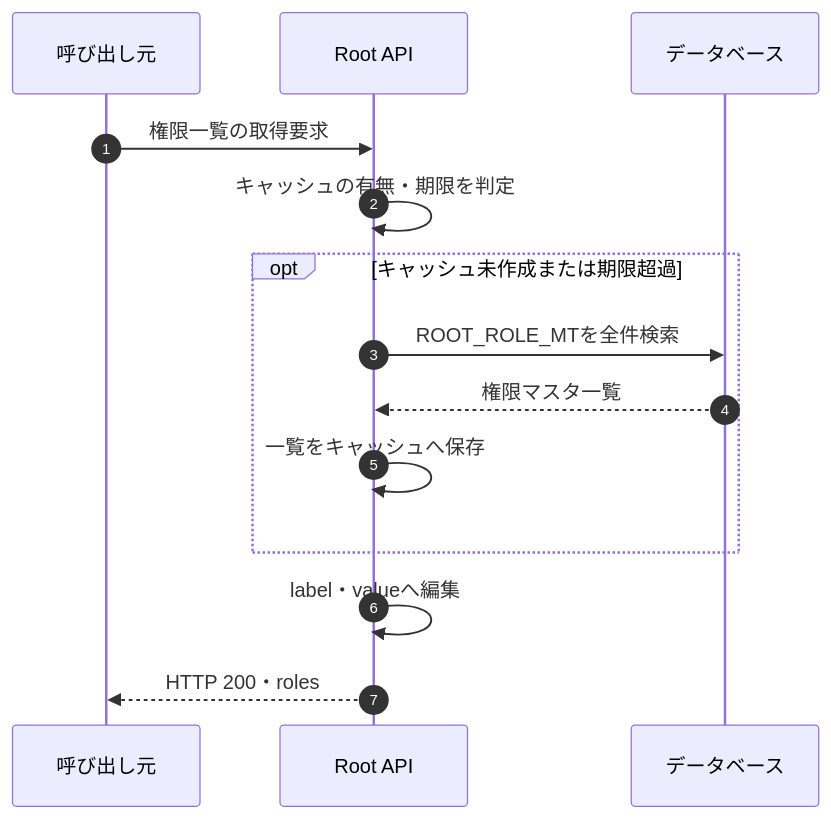
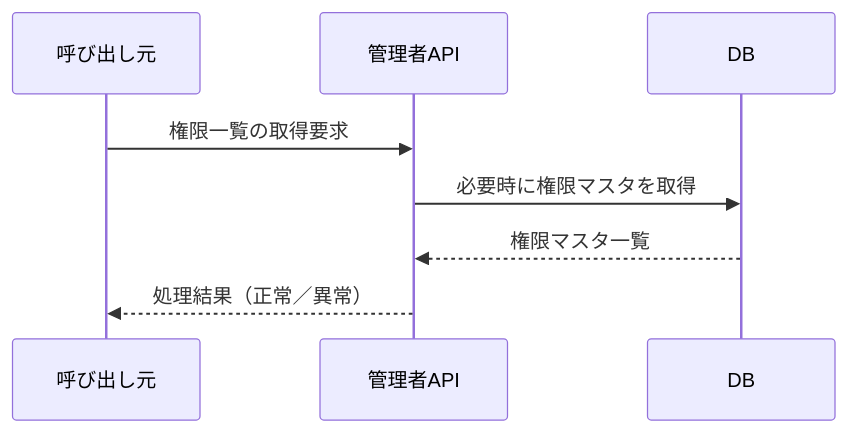
Before and after one commit to kohei-okazaki/work-3g: the first of 2 diagrams in ha-docs/design/05_rootapi/設計書_5.8.1.権限マスタ一覧取得API.md, drawn with Mermaid. The commit also changed other lines of this file and 67 other files, not shown here.

````diff
--- a/ha-docs/design/05_rootapi/設計書_5.8.1.権限マスタ一覧取得API.md
+++ b/ha-docs/design/05_rootapi/設計書_5.8.1.権限マスタ一覧取得API.md
@@ -82,16 +10,10 @@
 ```mermaid
 sequenceDiagram
-    autonumber
-    participant Client as 呼び出し元
-    participant API as Root API
-    participant DB as データベース
-    Client->>API: 権限一覧の取得要求
-    API->>API: キャッシュの有無・期限を判定
-    opt キャッシュ未作成または期限超過
-        API->>DB: ROOT_ROLE_MTを全件検索
-        DB-->>API: 権限マスタ一覧
-        API->>API: 一覧をキャッシュへ保存
-    end
-    API->>API: label・valueへ編集
-    API-->>Client: HTTP 200・roles
+    participant C as 呼び出し元
+    participant A as 管理者API
+    participant D as DB
+    C->>A: 権限一覧の取得要求
+    A->>D: 必要時に権限マスタを取得
+    D-->>A: 権限マスタ一覧
+    A-->>C: 処理結果（正常／異常）
 ```
````
